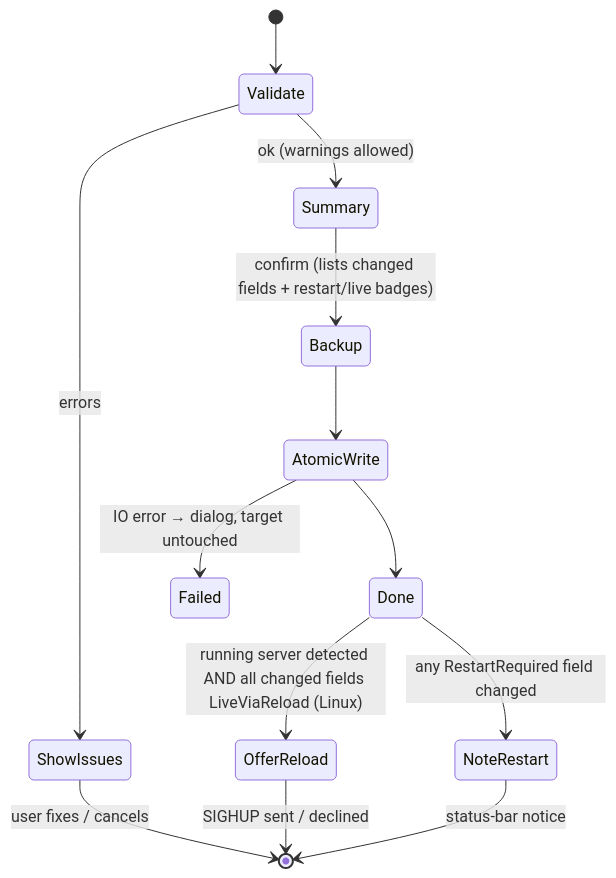
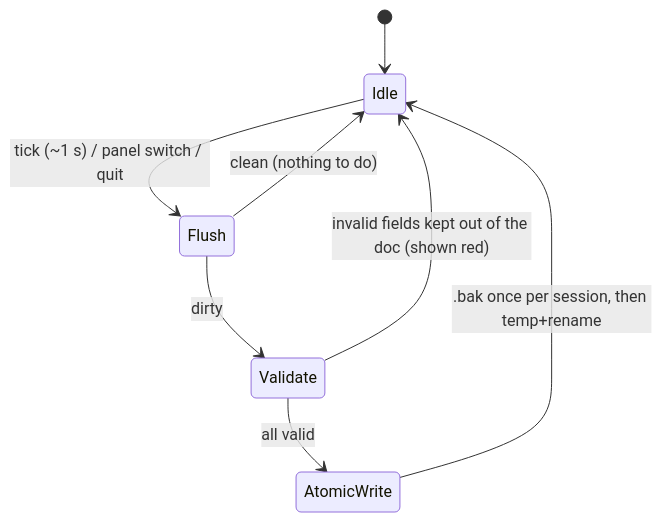
Before and after one commit to CometWorks/magnetar: the fourth of 5 diagrams in Docs/ConfigTerminal.md, drawn with Mermaid. The commit also changed other lines of this file and 4 other files, not shown here.

````diff
--- a/Docs/ConfigTerminal.md
+++ b/Docs/ConfigTerminal.md
@@ -1217,15 +1252,10 @@
 ```mermaid
 stateDiagram-v2
-    [*] --> Validate
-    Validate --> ShowIssues : errors
-    ShowIssues --> [*] : user fixes / cancels
-    Validate --> Summary : ok (warnings allowed)
-    Summary --> Backup : confirm (lists changed fields + restart/live badges)
-    Backup --> AtomicWrite
-    AtomicWrite --> Failed : IO error → dialog, target untouched
-    AtomicWrite --> Done
-    Done --> OfferReload : running server detected AND all changed fields LiveViaReload (Linux)
-    Done --> NoteRestart : any RestartRequired field changed
-    OfferReload --> [*] : SIGHUP sent / declined
-    NoteRestart --> [*] : status-bar notice
+    [*] --> Idle
+    Idle --> Flush : tick (~1 s) / panel switch / quit
+    Flush --> Idle : clean (nothing to do)
+    Flush --> Validate : dirty
+    Validate --> Idle : invalid fields kept out of the doc (shown red)
+    Validate --> AtomicWrite : all valid
+    AtomicWrite --> Idle : .bak once per session, then temp+rename
 ```
````
